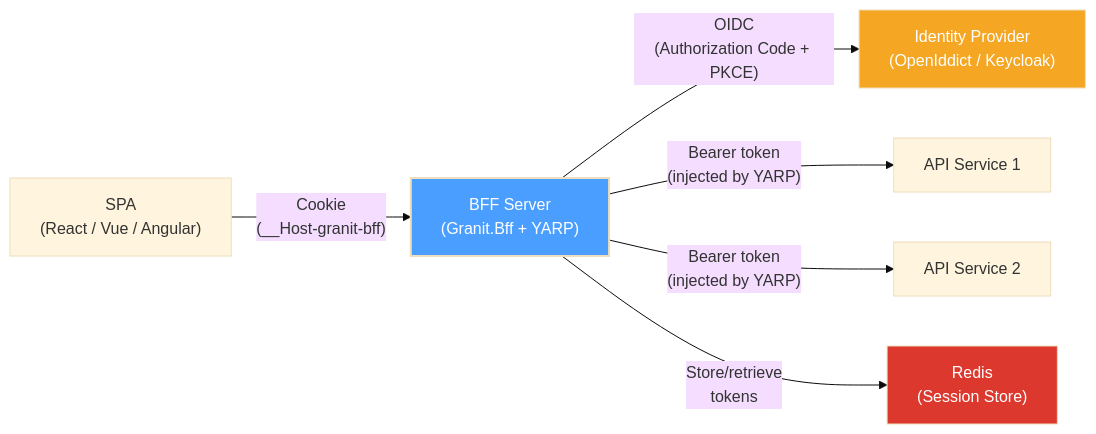
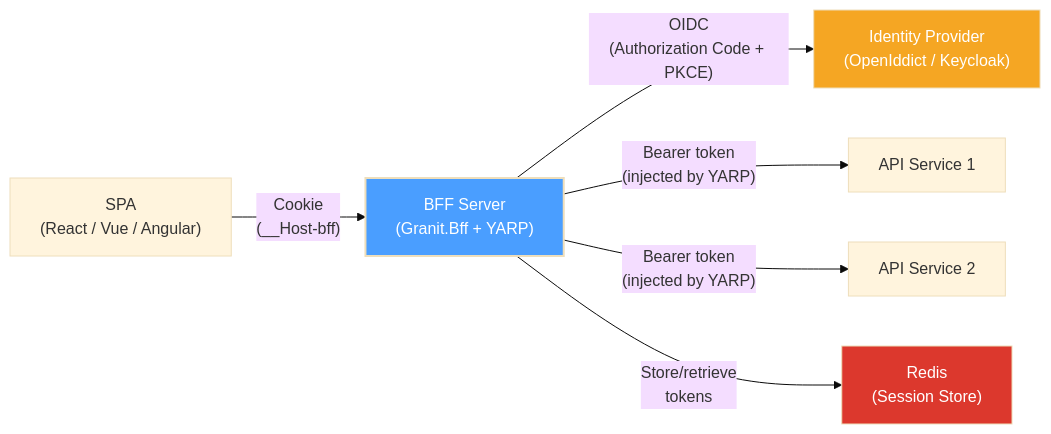
The first of 7 diagrams in docs-site/src/content/docs/dotnet/security/bff/architecture.mdx (granit-fx/granit-dotnet), drawn with Mermaid (base theme) before and after one commit. The commit also changed other lines of this file and 12 other files, not shown here.

Commit message:
chore: include pending local changes (BFF options, docs, cookie contrib)

````diff
--- a/docs-site/src/content/docs/dotnet/security/bff/architecture.mdx
+++ b/docs-site/src/content/docs/dotnet/security/bff/architecture.mdx
@@ -17,19 +17,19 @@
 ```mermaid
 graph LR
     SPA["SPA<br/>(React / Vue / Angular)"]
     BFF["BFF Server<br/>(Granit.Bff + YARP)"]
     IDP["Identity Provider<br/>(OpenIddict / Keycloak)"]
     API1["API Service 1"]
     API2["API Service 2"]
     REDIS["Redis<br/>(Session Store)"]
 
-    SPA -->|"Cookie<br/>(__Host-granit-bff)"| BFF
+    SPA -->|"Cookie<br/>(__Host-bff)"| BFF
     BFF -->|"OIDC<br/>(Authorization Code + PKCE)"| IDP
     BFF -->|"Bearer token<br/>(injected by YARP)"| API1
     BFF -->|"Bearer token<br/>(injected by YARP)"| API2
     BFF -->|"Store/retrieve<br/>tokens"| REDIS
 
     style BFF fill:#4a9eff,color:#fff,stroke-width:2px
     style REDIS fill:#dc382d,color:#fff
     style IDP fill:#f5a623,color:#fff
 ```
````
